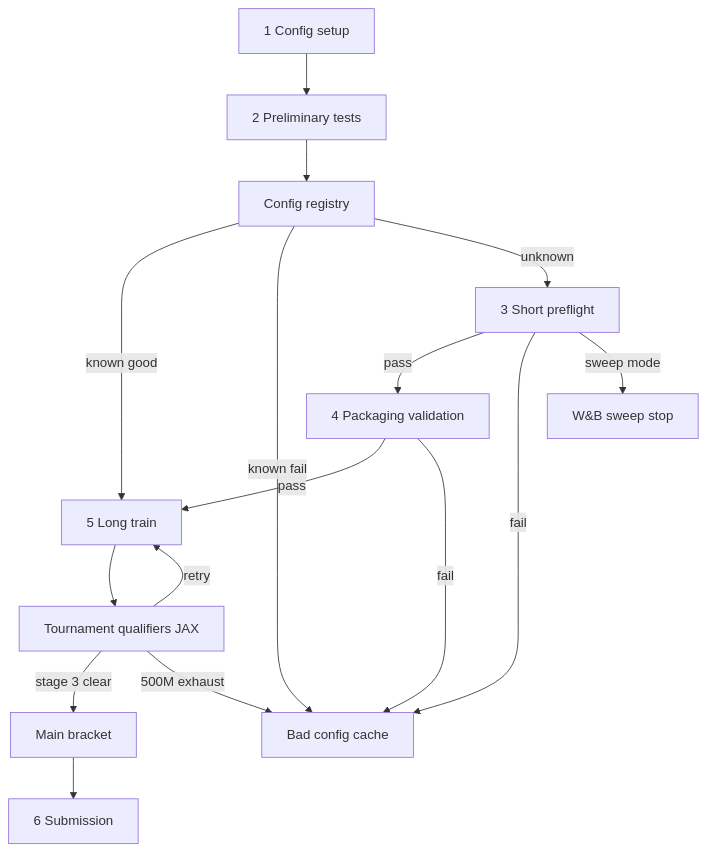
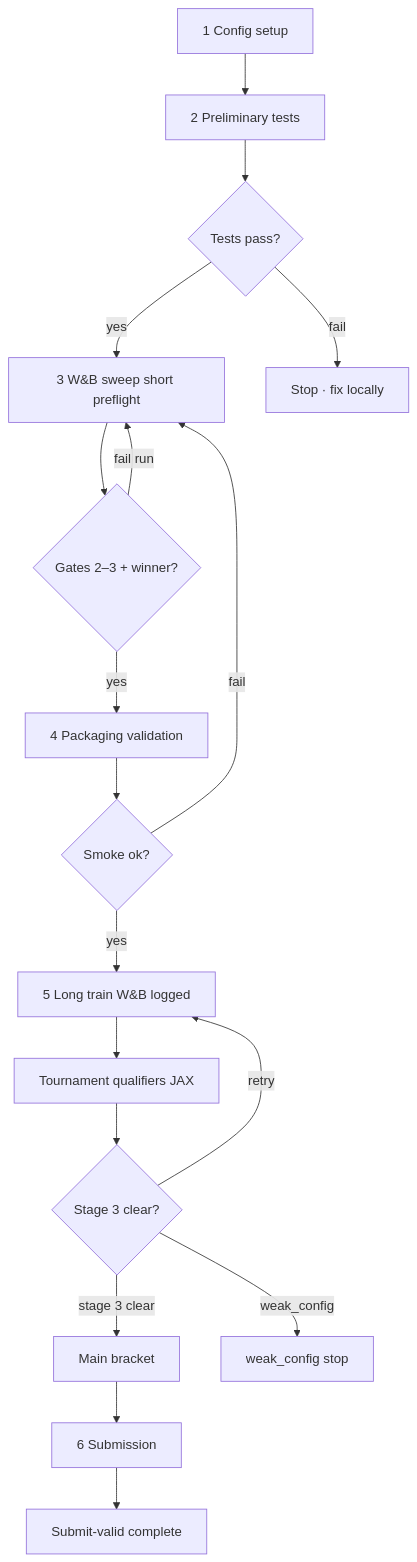
One commit to jmduea/orbit_wars changed the first of 2 diagrams in docs/plans/2026-06-03-013-feat-ssot-training-pipeline-plan.md. Above: the diagram before and after it, drawn with Mermaid. The commit also changed other lines of this file and 3 other files, not shown here.

First line of the commit message:
docs(ssot): align plan, flowchart, and W&B pivot spine

````diff
--- a/docs/plans/2026-06-03-013-feat-ssot-training-pipeline-plan.md
+++ b/docs/plans/2026-06-03-013-feat-ssot-training-pipeline-plan.md
@@ -100,28 +100,33 @@
 ```mermaid
 flowchart TD
   C["1 Config setup"]
   T["2 Preliminary tests"]
-  REG["Config registry"]
-  PF["3 Short preflight"]
+  GT{"Tests pass?"}
+  WB["3 W&B sweep short preflight"]
+  GW{"Gates 2–3 + winner?"}
   PV["4 Packaging validation"]
-  LT["5 Long train"]
+  GP{"Smoke ok?"}
+  LT["5 Long train W&B logged"]
   TQ["Tournament qualifiers JAX"]
+  GTQ{"Stage 3 clear?"}
   MB["Main bracket"]
   SUB["6 Submission"]
-  BAD["Bad config cache"]
-  SW["W&B sweep stop"]
-  C --> T --> REG
-  REG -->|known good| LT
-  REG -->|known fail| BAD
-  REG -->|unknown| PF
-  PF -->|pass| PV
-  PF -->|fail| BAD
-  PF -->|sweep mode| SW
-  PV -->|pass| LT
-  PV -->|fail| BAD
-  LT --> TQ
-  TQ -->|retry| LT
-  TQ -->|stage 3 clear| MB
-  TQ -->|500M exhaust| BAD
-  MB --> SUB
+  DONE["Submit-valid complete"]
+  STOP["Stop · fix locally"]
+  WEAK["weak_config stop"]
+
+  C --> T --> GT
+  GT -->|yes| WB
+  GT -->|fail| STOP
+  WB --> GW
+  GW -->|yes| PV
+  GW -->|fail run| WB
+  PV --> GP
+  GP -->|yes| LT
+  GP -->|fail| WB
+  LT --> TQ --> GTQ
+  GTQ -->|retry| LT
+  GTQ -->|stage 3 clear| MB
+  GTQ -->|weak_config| WEAK
+  MB --> SUB --> DONE
 ```
````
